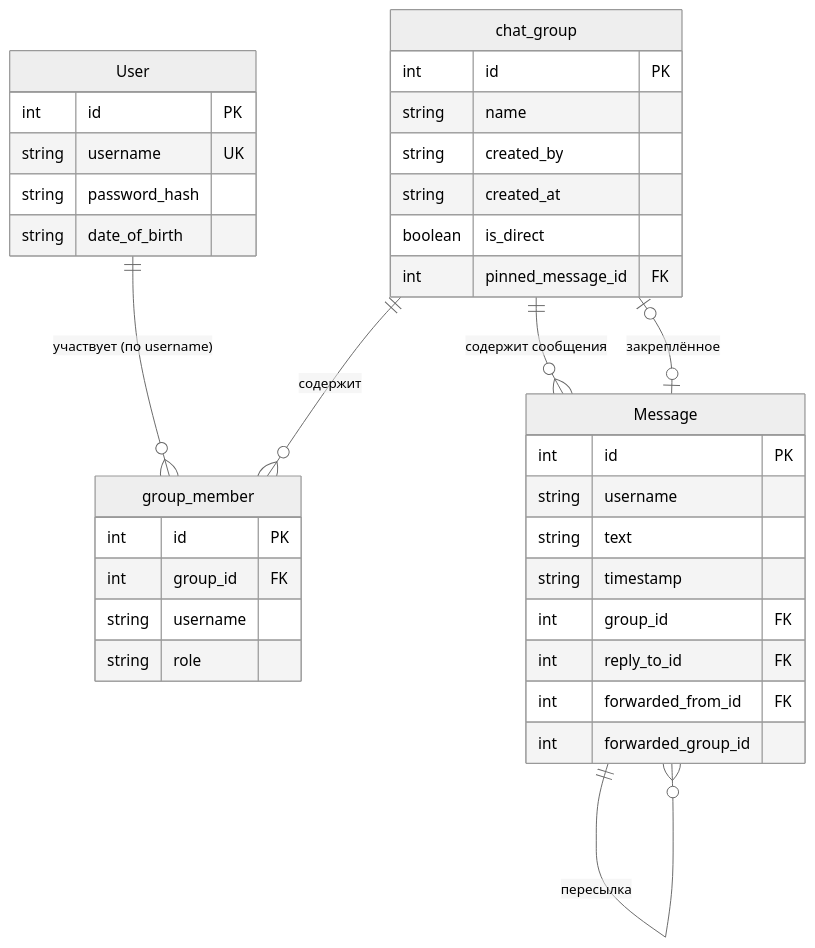
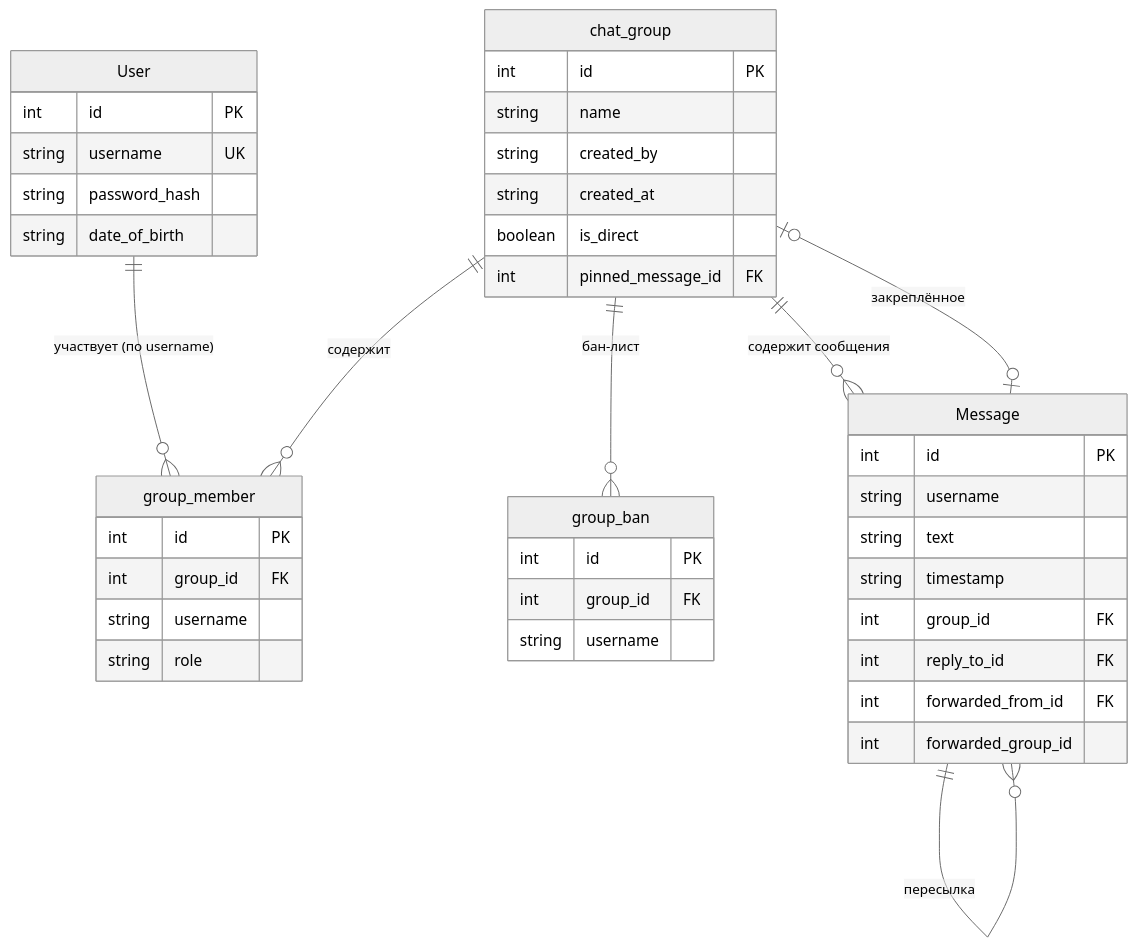
The diagram in README.md (alexcherch/Half_Chat), drawn with Mermaid (neutral theme) before and after one commit. The commit also changed other lines of this file and 6 other files, not shown here.

````diff
--- a/README.md
+++ b/README.md
@@ -85,43 +89,50 @@
 ```mermaid
 erDiagram
     User {
         int id PK
         string username UK
         string password_hash
         string date_of_birth
     }
 
     chat_group {
         int id PK
         string name
         string created_by
         string created_at
         boolean is_direct
         int pinned_message_id FK
     }
 
     group_member {
         int id PK
         int group_id FK
         string username
         string role
     }
 
+    group_ban {
+        int id PK
+        int group_id FK
+        string username
+    }
+
     Message {
         int id PK
         string username
         string text
         string timestamp
         int group_id FK
         int reply_to_id FK
         int forwarded_from_id FK
         int forwarded_group_id
     }
 
     Message ||--o{ Message : "ответ на сообщение"
     Message ||--o{ Message : "пересылка"
     User ||--o{ group_member : "участвует (по username)"
     chat_group ||--o{ group_member : "содержит"
+    chat_group ||--o{ group_ban : "бан-лист"
     chat_group ||--o{ Message : "содержит сообщения"
     chat_group o|--o| Message : "закреплённое"
 ```
````
